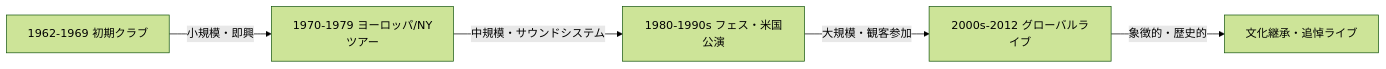
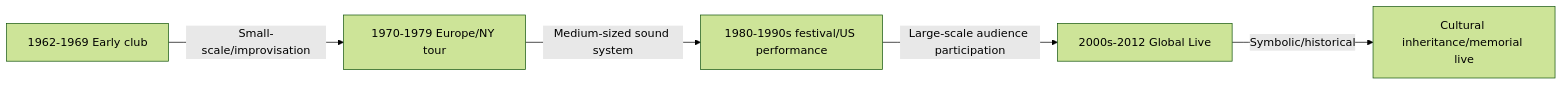
The diagram in en/_posts/2025-11-14-column-toots-and-the-maytals-live-history.md (monumental-movement/monumental-movement.github.io), drawn with Mermaid (forest theme) before and after one commit. The commit also changed other lines of this file and 1631 other files, not shown here.

```diff
--- a/en/_posts/2025-11-14-column-toots-and-the-maytals-live-history.md
+++ b/en/_posts/2025-11-14-column-toots-and-the-maytals-live-history.md
@@ -209,9 +198,9 @@
 <div class="mermaid">
 
 graph LR
-A[1962-1969 初期クラブ] -->|小規模・即興| B[1970-1979 ヨーロッパ/NYツアー]
-B -->|中規模・サウンドシステム| C[1980-1990s フェス・米国公演]
-C -->|大規模・観客参加| D[2000s-2012 グローバルライブ]
-D -->|象徴的・歴史的| E[文化継承・追悼ライブ]
+A[1962-1969 Early club] -->|Small-scale/improvisation| B[1970-1979 Europe/NY tour]
+B -->|Medium-sized sound system| C[1980-1990s festival/US performance]
+C -->|Large-scale audience participation| D[2000s-2012 Global Live]
+D -->|Symbolic/historical| E[Cultural inheritance/memorial live]
 
 </div>
```
